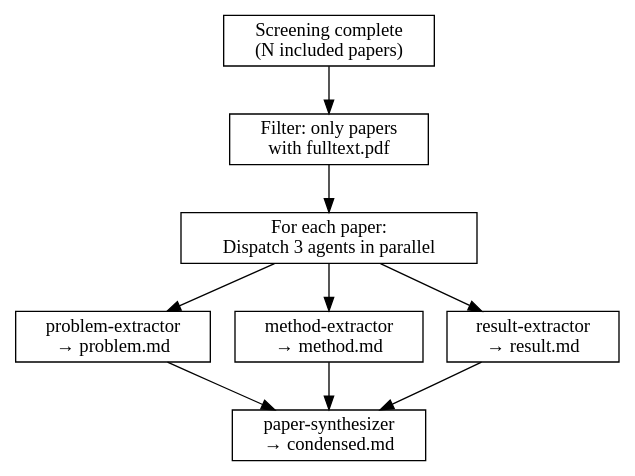
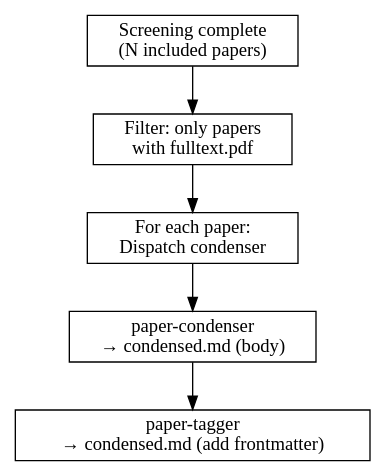
The diagram in skills/extracting/SKILL.md (gabfssilva/scimesh), drawn with Graphviz before and after one commit. The commit also changed other lines of this file and 11 other files, not shown here.

````diff
--- a/skills/extracting/SKILL.md
+++ b/skills/extracting/SKILL.md
@@ -50,23 +45,17 @@
 ```dot
 digraph extraction {
     rankdir=TB;
     node [shape=box];
 
     screen_done [label="Screening complete\n(N included papers)"];
     check_pdf [label="Filter: only papers\nwith fulltext.pdf"];
-    dispatch [label="For each paper:\nDispatch 3 agents in parallel"];
-    problem [label="problem-extractor\n→ problem.md"];
-    method [label="method-extractor\n→ method.md"];
-    result [label="result-extractor\n→ result.md"];
-    synthesize [label="paper-synthesizer\n→ condensed.md"];
+    dispatch [label="For each paper:\nDispatch condenser"];
+    condense [label="paper-condenser\n→ condensed.md (body)"];
+    tag [label="paper-tagger\n→ condensed.md (add frontmatter)"];
 
     screen_done -> check_pdf;
     check_pdf -> dispatch;
-    dispatch -> problem;
-    dispatch -> method;
-    dispatch -> result;
-    problem -> synthesize;
-    method -> synthesize;
-    result -> synthesize;
+    dispatch -> condense;
+    condense -> tag;
 }
 ```
````
